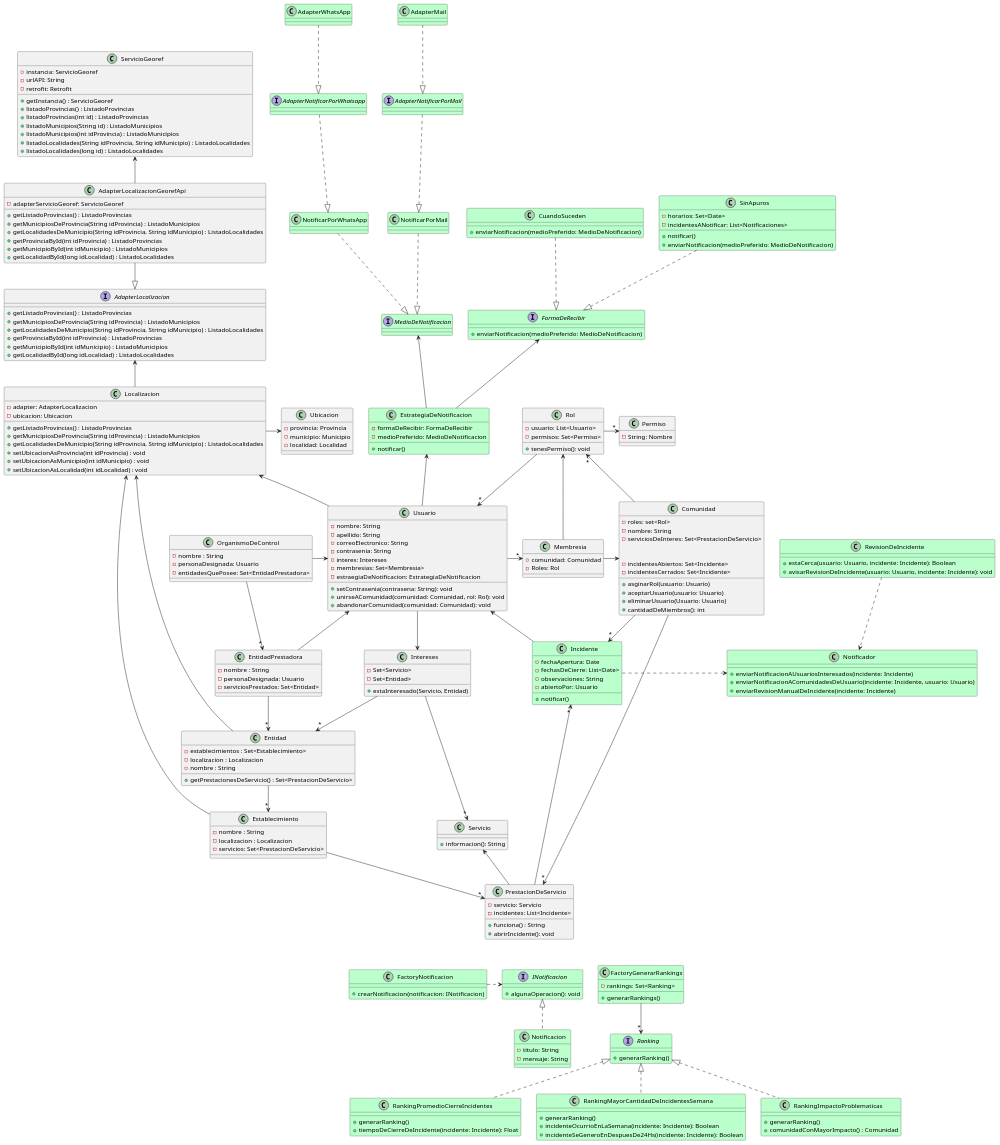
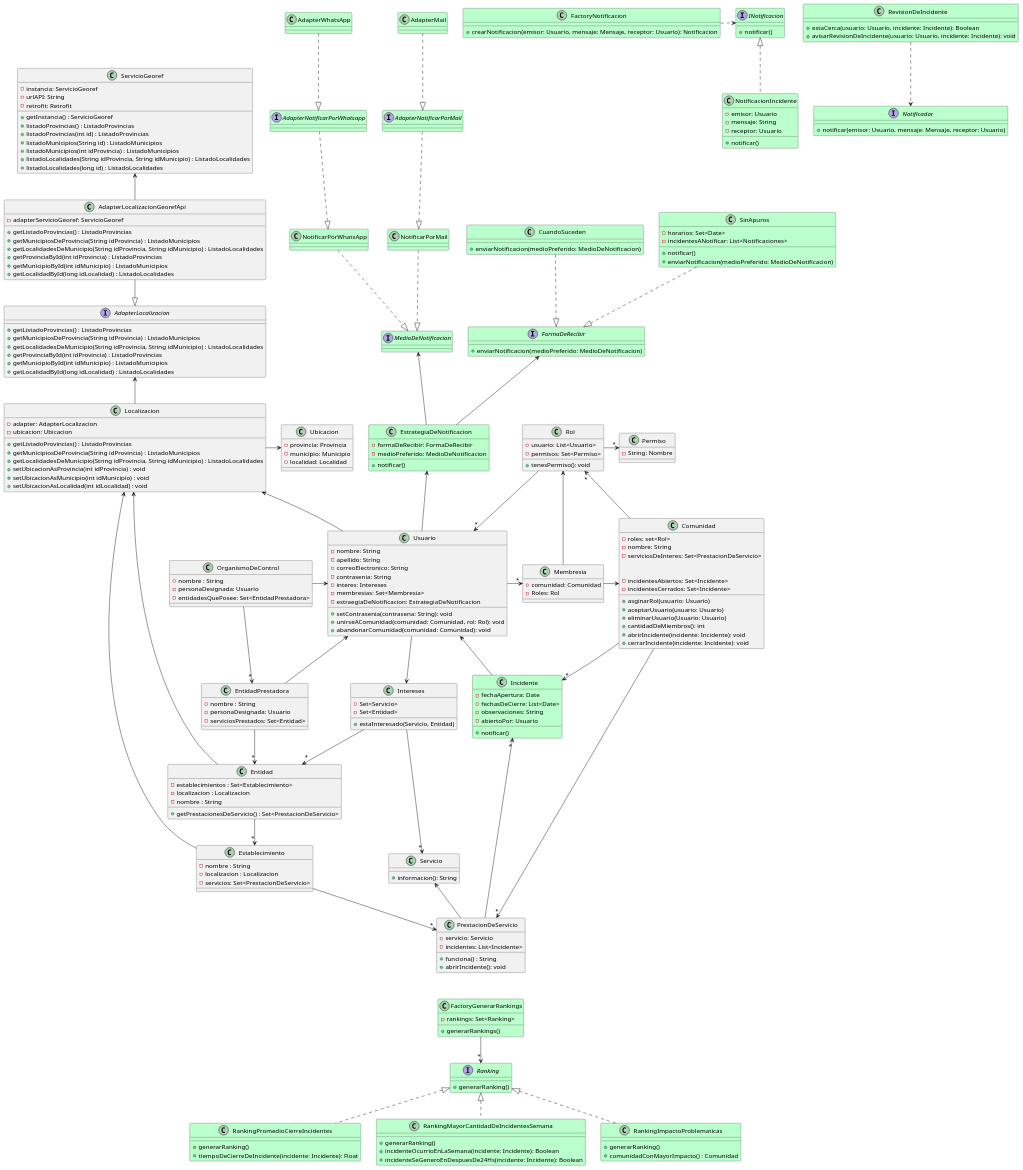
Before and after one commit to AndyTrias/comunidades-apoyo-movilidad-reducida-: the diagram in Entregables/DiagramaDeClases.wsd, drawn with PlantUML. The commit also changed 6 other files, not shown here.

```diff
--- a/Entregables/DiagramaDeClases.wsd
+++ b/Entregables/DiagramaDeClases.wsd
@@ -233,6 +233,9 @@
 Class Comunidad {
     - incidentesAbiertos: Set<Incidente> 
     - incidentesCerrados: Set<Incidente>
+
+    + abrirIncidente(incidente: Incidente): void
+    + cerrarIncidente(incidente: Incidente): void
 }
 
 Incidente "*" <-- PrestacionDeServicio 
@@ -248,35 +251,17 @@
     + notificar()
 }
 
-Interface MedioDeNotificacion #bbffcc{
+Interface MedioDeNotificacion #bbffcc{}
 
-}
-
-Class NotificarPorWhatsApp #bbffcc{
-
-}
-
-Class NotificarPorMail #bbffcc{
-
-}
+Class NotificarPorWhatsApp #bbffcc{}
+Class NotificarPorMail #bbffcc{}
 
 /' ADAPTERS MEDIO DE NOTIFICACION '/
 
-Interface AdapterNotificarPorWhatsapp #bbffcc{
-    
-}
-
-Interface AdapterNotificarPorMail #bbffcc{
-    
-}
-
-Class AdapterWhatsApp #bbffcc{
-
-}
-
-Class AdapterMail #bbffcc{
-
-}
+Interface AdapterNotificarPorWhatsapp #bbffcc{}
+Interface AdapterNotificarPorMail #bbffcc{}
+Class AdapterWhatsApp #bbffcc{}
+Class AdapterMail #bbffcc{}
 
 Interface FormaDeRecibir #bbffcc{
     + enviarNotificacion(medioPreferido: MedioDeNotificacion)
@@ -296,23 +281,24 @@
 
 /' NOTIFICACIONES '/
 
-Class Notificador #bbffcc{
-    + enviarNotificacionAUsuariosInteresados(incidente: Incidente)
-    + enviarNotificacionAComunidadesDeUsuario(incidente: Incidente, usuario: Usuario)
-    + enviarRevisionManualDeIncidente(incidente: Incidente)
+Interface Notificador #bbffcc{
+    + notificar(emisor: Usuario, mensaje: Mensaje, receptor: Usuario)
 }
 
 Class FactoryNotificacion #bbffcc{
-    + crearNotificacion(notificacion: INotificacion) 
+    + crearNotificacion(emisor: Usuario, mensaje: Mensaje, receptor: Usuario): Notificacion
 }
 
 Interface INotificacion #bbffcc{
-    + algunaOperacion(): void
+    + notificar()
 }
 
-Class Notificacion #bbffcc{
-    - titulo: String
+Class NotificacionIncidente #bbffcc{
+    - emisor: Usuario
     - mensaje: String
+    - receptor: Usuario
+
+    + notificar()
 }
 
 EstrategiaDeNotificacion <-- Usuario
@@ -335,9 +321,7 @@
 NotificarPorMail ..|> MedioDeNotificacion
 
 FactoryNotificacion .> INotificacion
-INotificacion <|.. Notificacion
-
-Incidente .> Notificador
+INotificacion <|.. NotificacionIncidente
 
 /' SUGERENCIA REVISION DE INCIDENTE '/
 
@@ -418,7 +402,6 @@
 
 Membresia --> TipoDeUsuario '/
 
-PrestacionDeServicio -[hidden]-> FactoryNotificacion
 PrestacionDeServicio -[hidden]-> FactoryGenerarRankings
 
 @enduml
```
